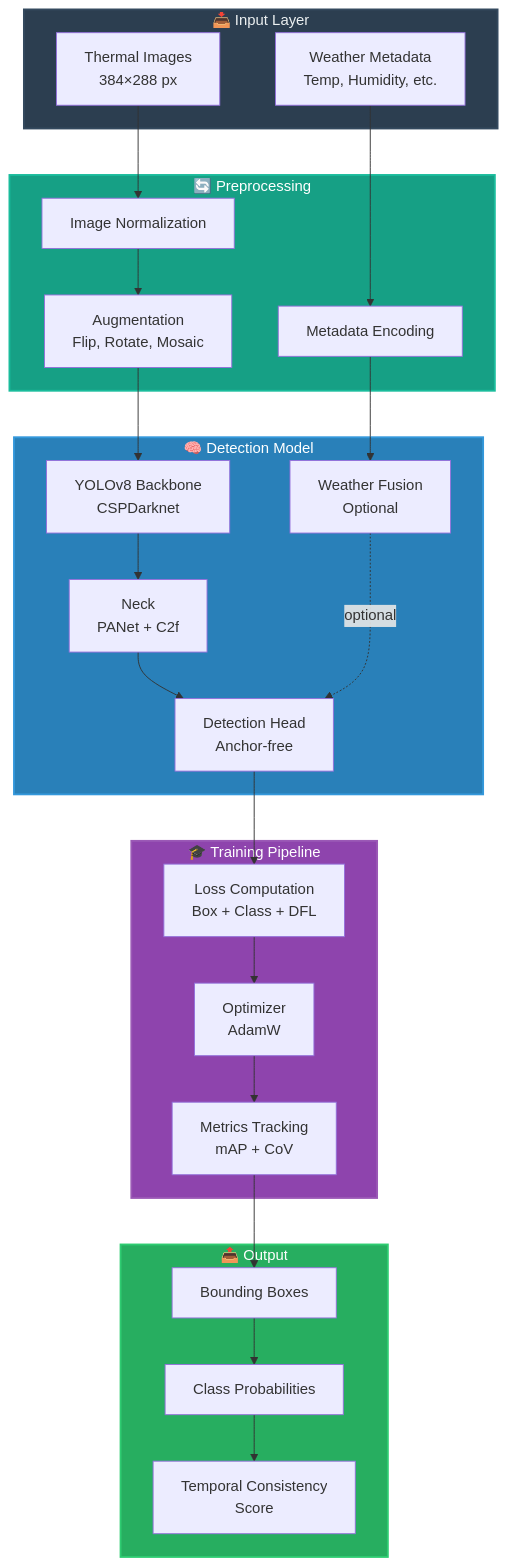
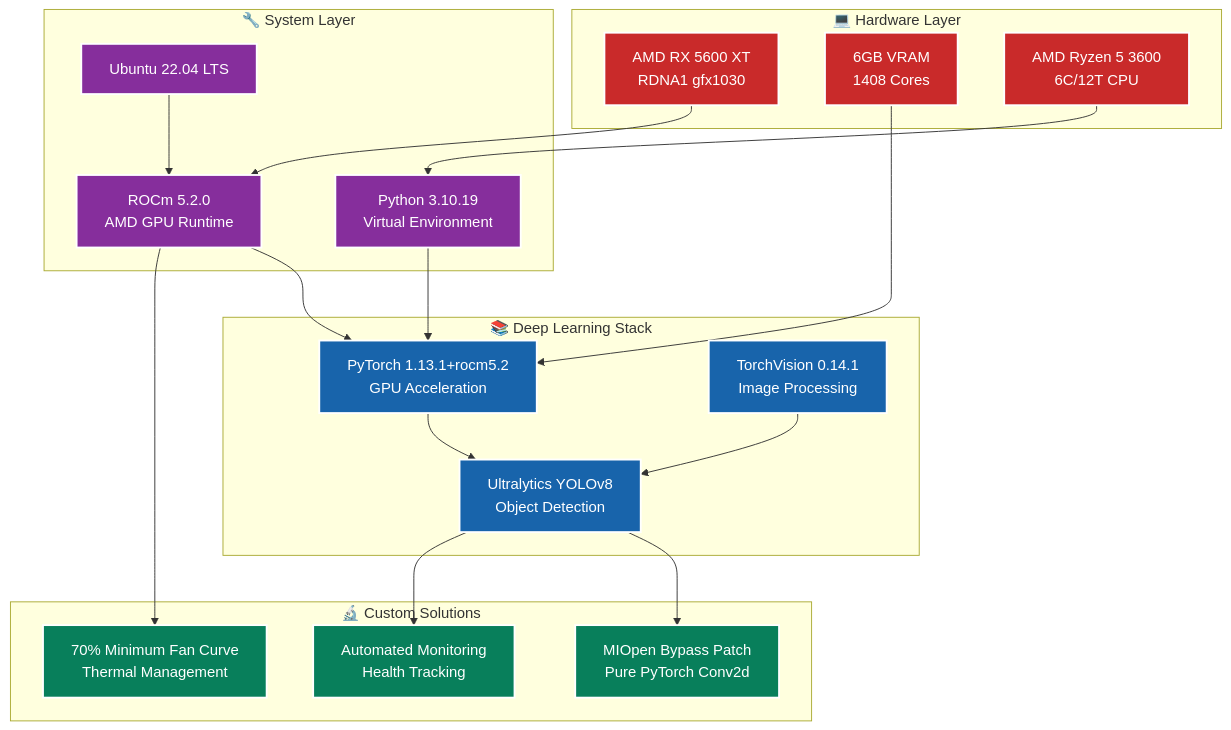
Before and after one commit to hkevin01/robust-thermal-image-object-detection: the second of 4 diagrams in README.md, drawn with Mermaid. The commit also changed other lines of this file and 43 other files, not shown here.

First line of the commit message:
feat(monitoring): Add comprehensive GPU monitoring and training metrics extraction scripts

````diff
--- a/README.md
+++ b/README.md
@@ -95,53 +136,51 @@
 ```mermaid
 graph TB
-    subgraph Input["📥 Input Layer"]
-        I1[Thermal Images<br/>384×288 px]
-        I2[Weather Metadata<br/>Temp, Humidity, etc.]
+    subgraph "💻 Hardware Layer"
+        H1[AMD RX 5600 XT<br/>RDNA1 gfx1030]
+        H2[6GB VRAM<br/>1408 Cores]
+        H3[AMD Ryzen 5 3600<br/>6C/12T CPU]
     end
     
-    subgraph Preprocessing["🔄 Preprocessing"]
-        P1[Image Normalization]
-        P2[Augmentation<br/>Flip, Rotate, Mosaic]
-        P3[Metadata Encoding]
+    subgraph "🔧 System Layer"
+        S1[Ubuntu 22.04 LTS]
+        S2[ROCm 5.2.0<br/>AMD GPU Runtime]
+        S3[Python 3.10.19<br/>Virtual Environment]
     end
     
-    subgraph Model["🧠 Detection Model"]
-        M1[YOLOv8 Backbone<br/>CSPDarknet]
-        M2[Neck<br/>PANet + C2f]
-        M3[Detection Head<br/>Anchor-free]
-        M4[Weather Fusion<br/>Optional]
+    subgraph "📚 Deep Learning Stack"
+        D1[PyTorch 1.13.1+rocm5.2<br/>GPU Acceleration]
+        D2[TorchVision 0.14.1<br/>Image Processing]
+        D3[Ultralytics YOLOv8<br/>Object Detection]
     end
     
-    subgraph Training["🎓 Training Pipeline"]
-        T1[Loss Computation<br/>Box + Class + DFL]
-        T2[Optimizer<br/>AdamW]
-        T3[Metrics Tracking<br/>mAP + CoV]
+    subgraph "🔬 Custom Solutions"
+        C1[MIOpen Bypass Patch<br/>Pure PyTorch Conv2d]
+        C2[70% Minimum Fan Curve<br/>Thermal Management]
+        C3[Automated Monitoring<br/>Health Tracking]
     end
     
-    subgraph Output["📤 Output"]
-        O1[Bounding Boxes]
-        O2[Class Probabilities]
-        O3[Temporal Consistency<br/>Score]
-    end
+    H1 --> S2
+    H2 --> D1
+    H3 --> S3
+    S1 --> S2
+    S2 --> D1
+    S3 --> D1
+    D1 --> D3
+    D2 --> D3
+    D3 --> C1
+    S2 --> C2
+    D3 --> C3
     
-    I1 --> P1
-    I2 --> P3
-    P1 --> P2
-    P2 --> M1
-    P3 --> M4
-    M1 --> M2
-    M2 --> M3
-    M4 -.->|optional| M3
-    M3 --> T1
-    T1 --> T2
-    T2 --> T3
-    T3 --> O1
-    O1 --> O2
-    O2 --> O3
-    
-    style Input fill:#2C3E50,stroke:#34495E,stroke-width:2px,color:#ECF0F1
-    style Preprocessing fill:#16A085,stroke:#1ABC9C,stroke-width:2px,color:#FFF
-    style Model fill:#2980B9,stroke:#3498DB,stroke-width:2px,color:#FFF
-    style Training fill:#8E44AD,stroke:#9B59B6,stroke-width:2px,color:#FFF
-    style Output fill:#27AE60,stroke:#2ECC71,stroke-width:2px,color:#FFF
+    style H1 fill:#c92a2a,stroke:#fff,stroke-width:2px,color:#fff
+    style H2 fill:#c92a2a,stroke:#fff,stroke-width:2px,color:#fff
+    style H3 fill:#c92a2a,stroke:#fff,stroke-width:2px,color:#fff
+    style S1 fill:#862e9c,stroke:#fff,stroke-width:2px,color:#fff
+    style S2 fill:#862e9c,stroke:#fff,stroke-width:2px,color:#fff
+    style S3 fill:#862e9c,stroke:#fff,stroke-width:2px,color:#fff
+    style D1 fill:#1864ab,stroke:#fff,stroke-width:2px,color:#fff
+    style D2 fill:#1864ab,stroke:#fff,stroke-width:2px,color:#fff
+    style D3 fill:#1864ab,stroke:#fff,stroke-width:2px,color:#fff
+    style C1 fill:#087f5b,stroke:#fff,stroke-width:2px,color:#fff
+    style C2 fill:#087f5b,stroke:#fff,stroke-width:2px,color:#fff
+    style C3 fill:#087f5b,stroke:#fff,stroke-width:2px,color:#fff
 ```
````
